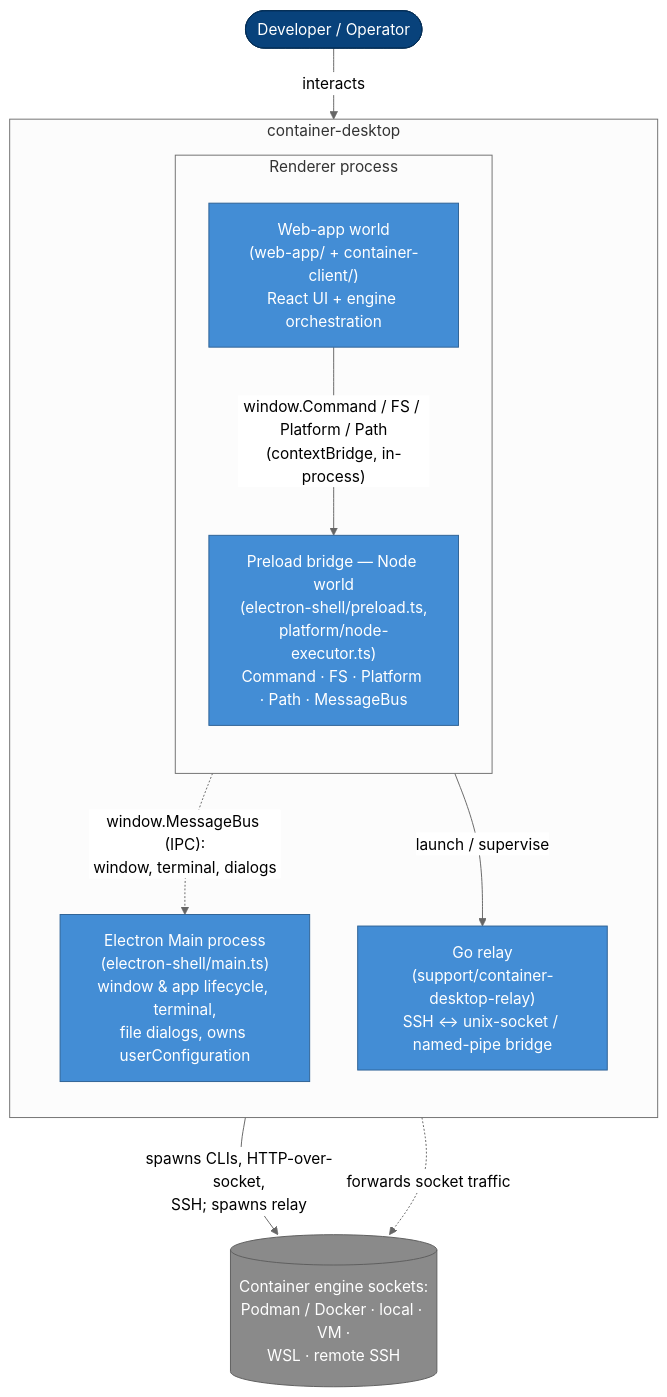
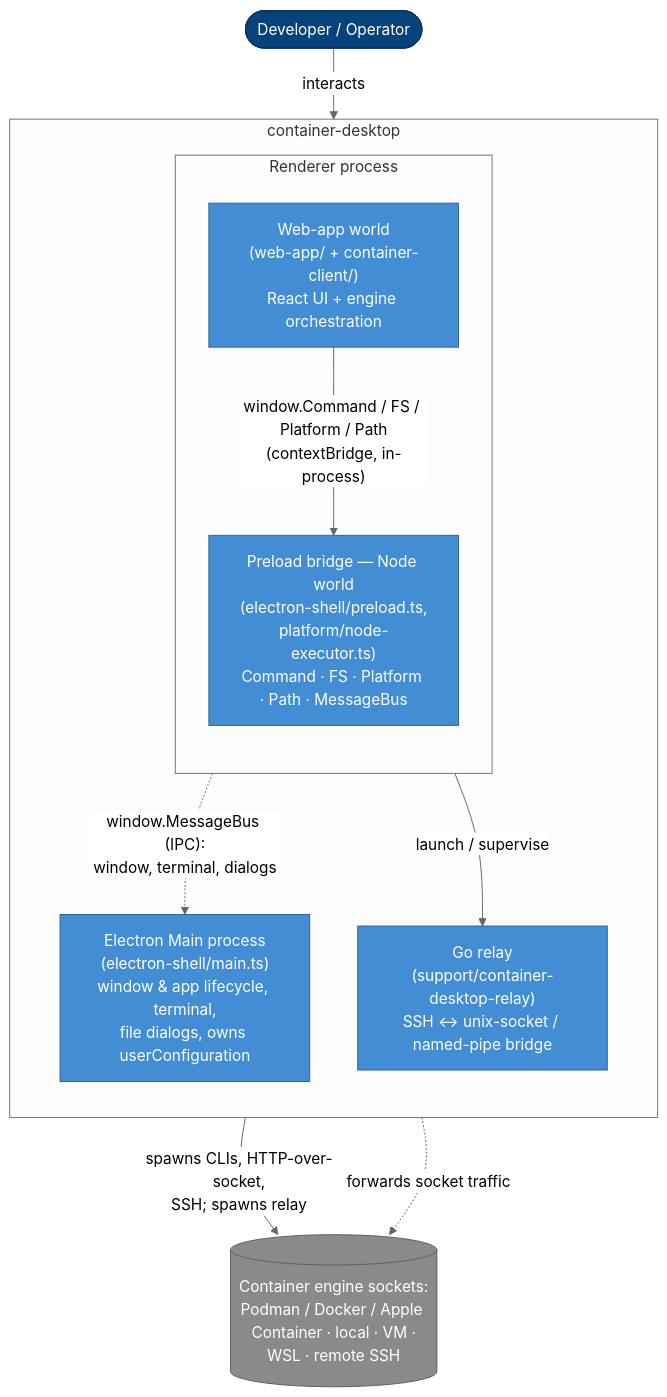
One commit to iongion/container-desktop changed the second of 2 diagrams in docs/architecture/overview.md. Above: the diagram before and after it, drawn with Mermaid (neutral theme). The commit also changed other lines of this file and 305 other files, not shown here.

First line of the commit message:
feat: Apple Container engine support and env-driven remote SSH

````diff
--- a/docs/architecture/overview.md
+++ b/docs/architecture/overview.md
@@ -53,31 +56,31 @@
 ```mermaid
 flowchart TB
   dev([Developer / Operator]):::person
 
   subgraph app[container-desktop]
     direction TB
 
     main["Electron Main process<br/>(electron-shell/main.ts)<br/>window &amp; app lifecycle, terminal,<br/>file dialogs, owns userConfiguration"]:::container
 
     subgraph rp[Renderer process]
       direction TB
       web["Web-app world<br/>(web-app/ + container-client/)<br/>React UI + engine orchestration"]:::container
       preload["Preload bridge — Node world<br/>(electron-shell/preload.ts,<br/>platform/node-executor.ts)<br/>Command · FS · Platform · Path · MessageBus"]:::container
     end
 
     relay["Go relay<br/>(support/container-desktop-relay)<br/>SSH ↔ unix-socket / named-pipe bridge"]:::container
   end
 
-  engines[(Container engine sockets:<br/>Podman / Docker · local · VM ·<br/>WSL · remote SSH)]:::external
+  engines[(Container engine sockets:<br/>Podman / Docker / Apple Container · local · VM ·<br/>WSL · remote SSH)]:::external
 
   dev -->|interacts| web
   web -->|"window.Command / FS / Platform / Path<br/>(contextBridge, in-process)"| preload
   web -.->|"window.MessageBus (IPC):<br/>window, terminal, dialogs"| main
   preload -->|spawns CLIs, HTTP-over-socket,<br/>SSH; spawns relay| engines
   preload -->|launch / supervise| relay
   relay -.->|forwards socket traffic| engines
 
   classDef person fill:#08427b,color:#fff,stroke:#052e56;
   classDef container fill:#438dd5,color:#fff,stroke:#2e6295;
   classDef external fill:#8a8a8a,color:#fff,stroke:#5e5e5e;
 ```
````
